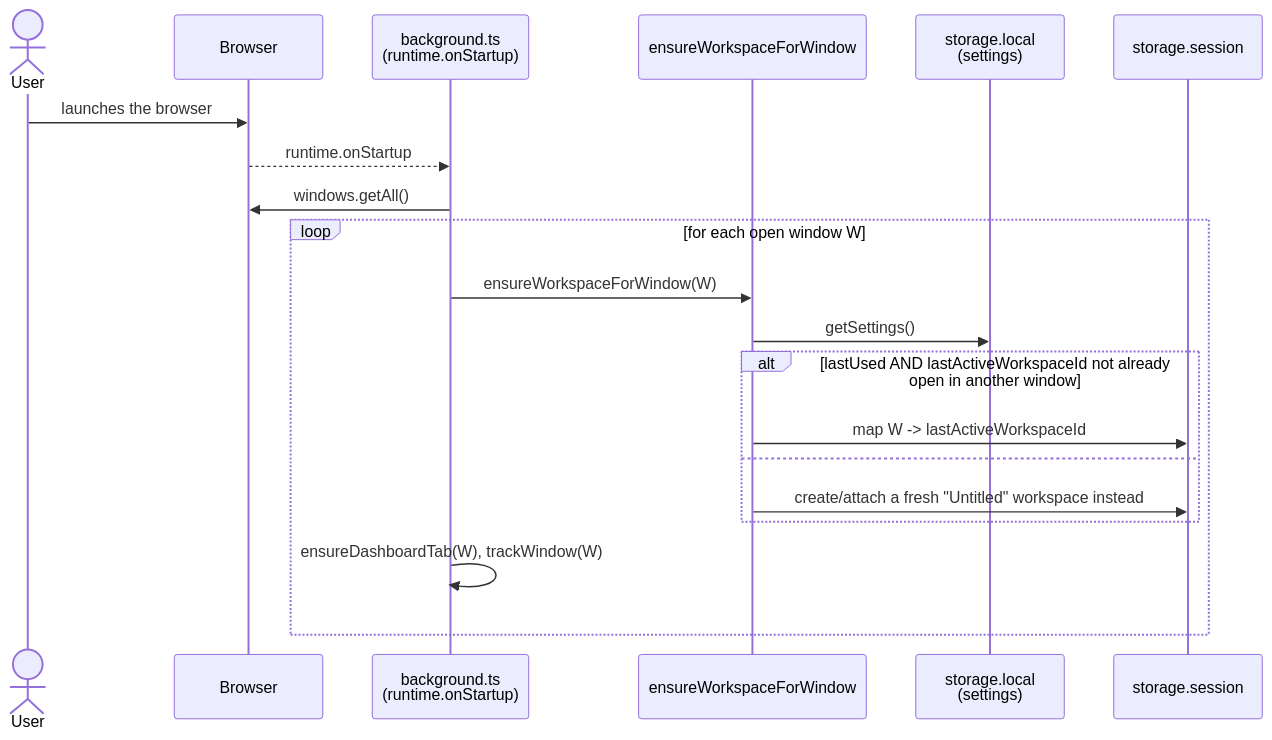
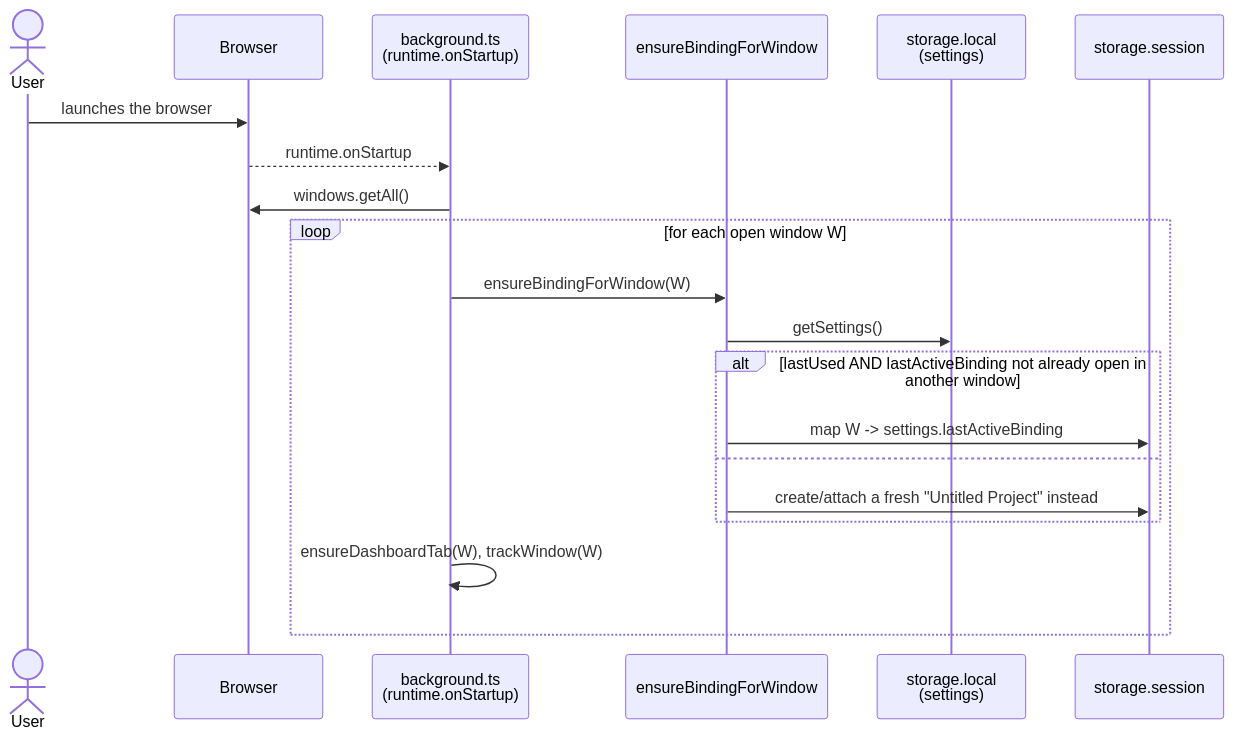
The seventh of 11 diagrams in docs/workflows.md (enyhma/cntxt), drawn with Mermaid before and after one commit. The commit also changed other lines of this file and 9 other files, not shown here.

````diff
--- a/docs/workflows.md
+++ b/docs/workflows.md
@@ -164,23 +173,23 @@
 ```mermaid
 sequenceDiagram
     actor User
     participant Browser
     participant BG as background.ts<br/>(runtime.onStartup)
-    participant Attach as ensureWorkspaceForWindow
+    participant Attach as ensureBindingForWindow
     participant Settings as storage.local<br/>(settings)
     participant Session as storage.session
 
     User->>Browser: launches the browser
     Browser-->>BG: runtime.onStartup
     BG->>Browser: windows.getAll()
     loop for each open window W
-        BG->>Attach: ensureWorkspaceForWindow(W)
+        BG->>Attach: ensureBindingForWindow(W)
         Attach->>Settings: getSettings()
-        alt lastUsed AND lastActiveWorkspaceId not already open in another window
-            Attach->>Session: map W -> lastActiveWorkspaceId
+        alt lastUsed AND lastActiveBinding not already open in another window
+            Attach->>Session: map W -> settings.lastActiveBinding
         else
-            Attach->>Session: create/attach a fresh "Untitled" workspace instead
+            Attach->>Session: create/attach a fresh "Untitled Project" instead
         end
         BG->>BG: ensureDashboardTab(W), trackWindow(W)
     end
 ```
````
